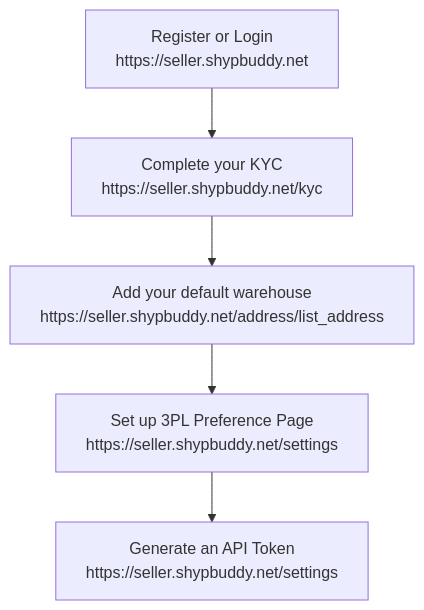
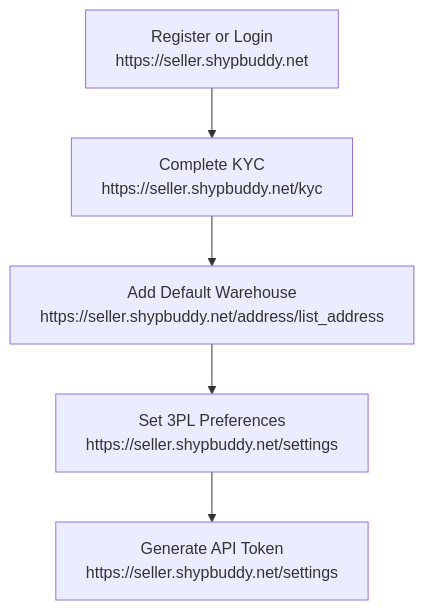
One commit to jm251/api-docs changed the diagram in README.md. Above: the diagram before and after it, drawn with Mermaid. The commit also changed other lines of this file, not shown here.

````diff
--- a/README.md
+++ b/README.md
@@ -9,13 +28,13 @@
 ```mermaid
 graph TD
     A[Register or Login<br>https://seller.shypbuddy.net]
-    B[Complete your KYC<br>https://seller.shypbuddy.net/kyc]
-    C[Add your default warehouse<br>https://seller.shypbuddy.net/address/list_address]
-    D[Set up 3PL Preference Page<br>https://seller.shypbuddy.net/settings]
-    E[Generate an API Token<br>https://seller.shypbuddy.net/settings]
+    B[Complete KYC<br>https://seller.shypbuddy.net/kyc]
+    C[Add Default Warehouse<br>https://seller.shypbuddy.net/address/list_address]
+    D[Set 3PL Preferences<br>https://seller.shypbuddy.net/settings]
+    E[Generate API Token<br>https://seller.shypbuddy.net/settings]
 
     A --> B
     B --> C
     C --> D
     D --> E
 ```
````
